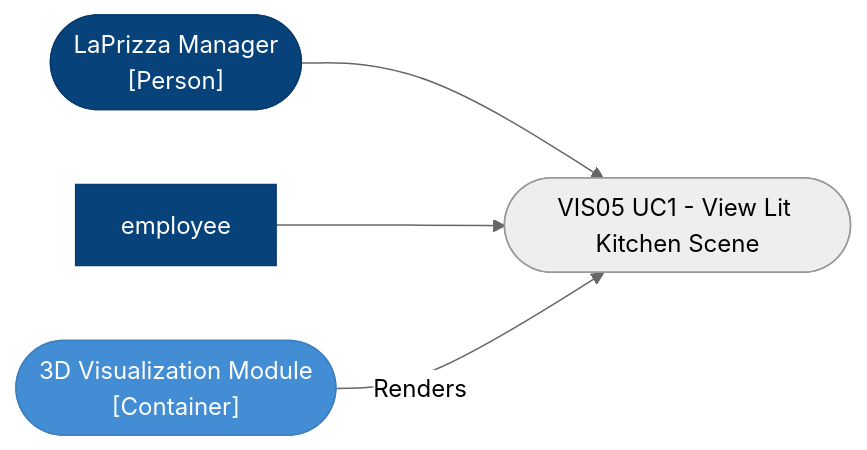
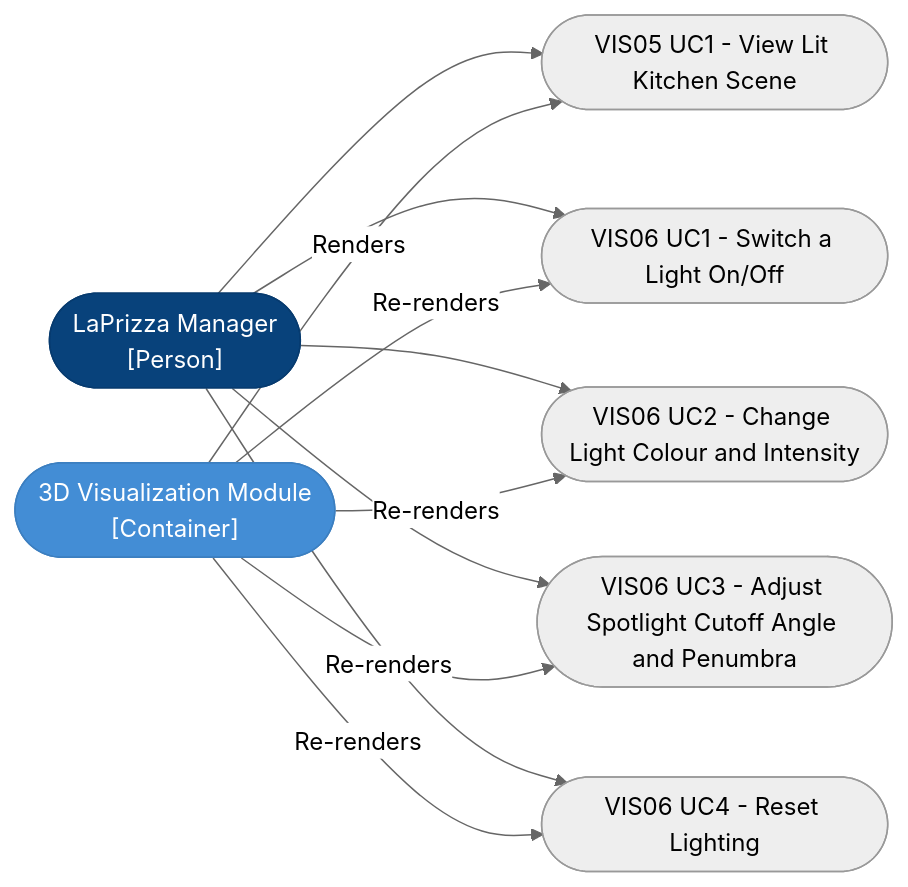
Before and after one commit to ivasduarte/laprizza: the diagram in docs/flows/scene-lighting/README.md, drawn with Mermaid (neutral theme). The commit also changed other lines of this file and 11 other files, not shown here.

````diff
--- a/docs/flows/scene-lighting/README.md
+++ b/docs/flows/scene-lighting/README.md
@@ -9,16 +9,27 @@
 ```mermaid
 flowchart LR
     manager(["LaPrizza Manager<br/>[Person]"])
     viz3d(["3D Visualization Module<br/>[Container]"])
 
     uc1(["VIS05 UC1 - View Lit Kitchen Scene"])
+    v1(["VIS06 UC1 - Switch a Light On/Off"])
+    v2(["VIS06 UC2 - Change Light Colour and Intensity"])
+    v3(["VIS06 UC3 - Adjust Spotlight Cutoff Angle and Penumbra"])
+    v4(["VIS06 UC4 - Reset Lighting"])
 
     manager --> uc1
-    employee --> uc1
+    manager --> v1
+    manager --> v2
+    manager --> v3
+    manager --> v4
     viz3d -->|"Renders"| uc1
+    viz3d -->|"Re-renders"| v1
+    viz3d -->|"Re-renders"| v2
+    viz3d -->|"Re-renders"| v3
+    viz3d -->|"Re-renders"| v4
 
     classDef person fill:#08427b,stroke:#073b6f,color:#fff
     classDef container fill:#438dd5,stroke:#3c7fc0,color:#fff
     class manager,employee person
     class viz3d container
 ```
````
